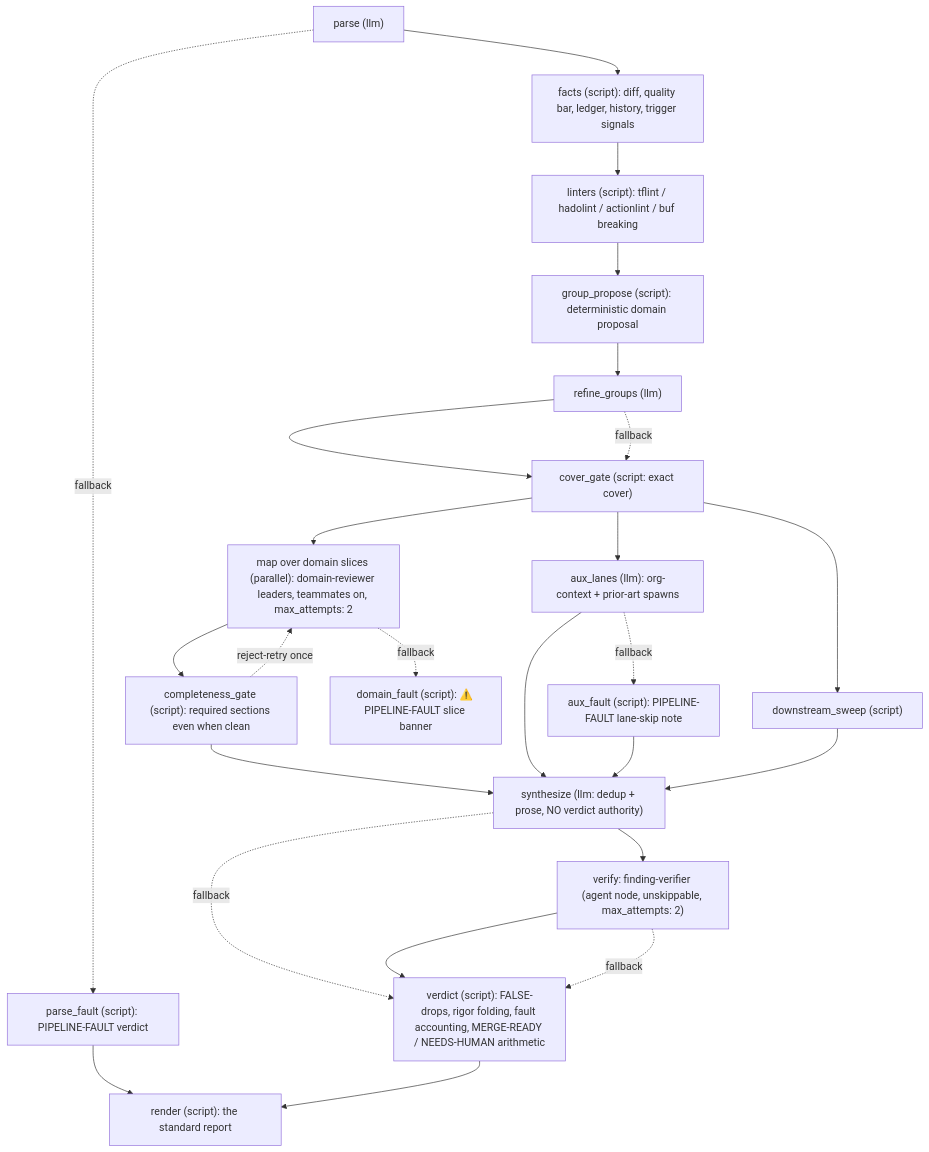
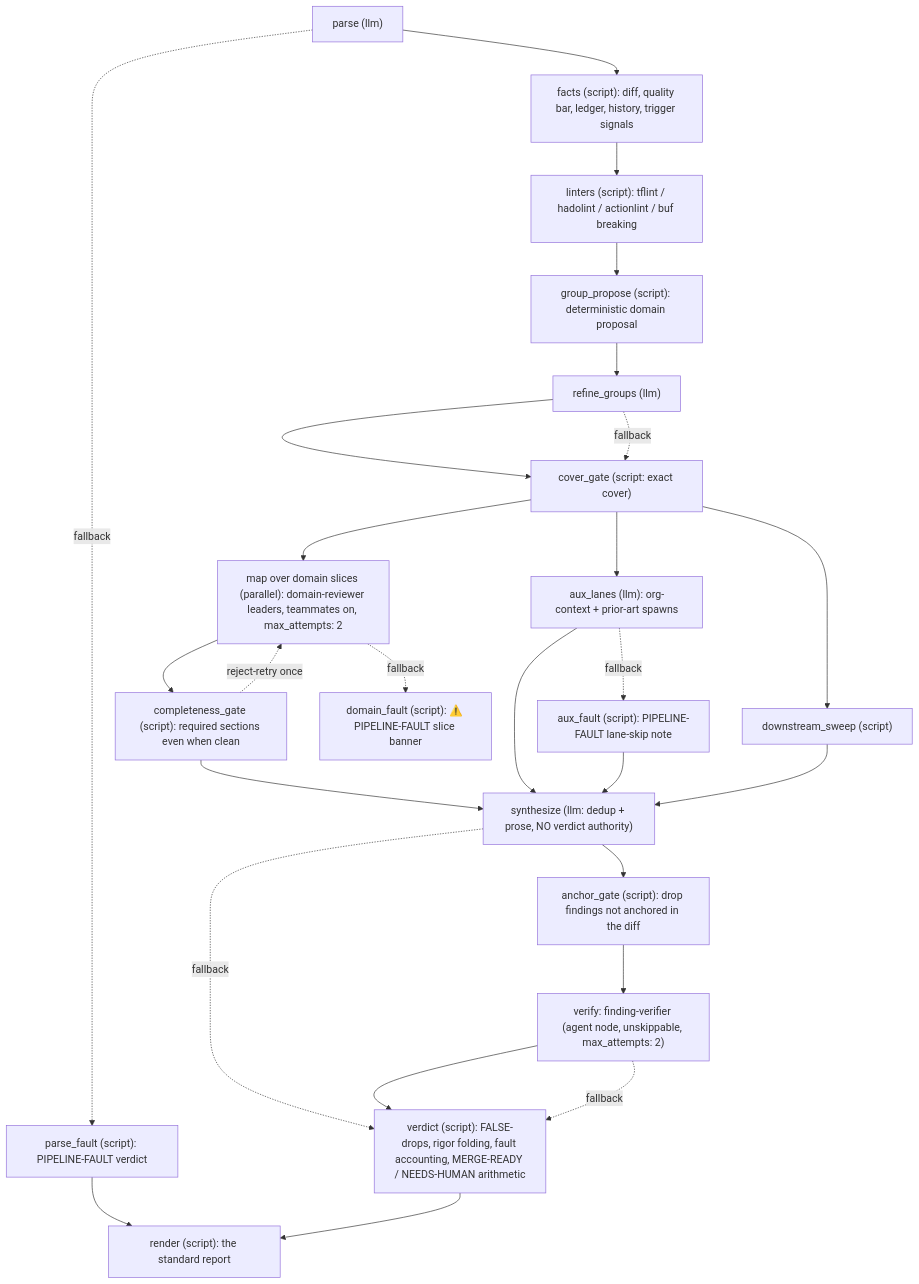
Before and after one commit to Dark-Alex-17/coyote: the diagram in assets/agents/code-reviewer/README.md, drawn with Mermaid. The commit also changed other lines of this file and 11 other files, not shown here.

First line of the commit message:
fix(TASK-409): anchor review findings in the diff and skip generated files

````diff
--- a/assets/agents/code-reviewer/README.md
+++ b/assets/agents/code-reviewer/README.md
@@ -14,27 +14,28 @@
 ```mermaid
 flowchart TD
     A["parse (llm)"] --> B["facts (script): diff, quality bar, ledger, history, trigger signals"]
     A -. "fallback" .-> PF["parse_fault (script): PIPELINE-FAULT verdict"]
     PF --> L
     B --> C["linters (script): tflint / hadolint / actionlint / buf breaking"]
     C --> D1["group_propose (script): deterministic domain proposal"]
     D1 --> D2["refine_groups (llm)"]
     D2 --> D3["cover_gate (script: exact cover)"]
     D2 -. "fallback" .-> D3
     D3 --> E["map over domain slices (parallel): domain-reviewer leaders, teammates on, max_attempts: 2"]
     D3 --> F["aux_lanes (llm): org-context + prior-art spawns"]
     D3 --> G["downstream_sweep (script)"]
     E --> H["completeness_gate (script): required sections even when clean"]
     E -. "fallback" .-> DF["domain_fault (script): ⚠️ PIPELINE-FAULT slice banner"]
     H -. "reject-retry once" .-> E
     H --> I["synthesize (llm: dedup + prose, NO verdict authority)"]
     F --> I
     F -. "fallback" .-> AF["aux_fault (script): PIPELINE-FAULT lane-skip note"]
     AF --> I
     G --> I
-    I --> J["verify: finding-verifier (agent node, unskippable, max_attempts: 2)"]
+    I --> AG["anchor_gate (script): drop findings not anchored in the diff"]
+    AG --> J["verify: finding-verifier (agent node, unskippable, max_attempts: 2)"]
     I -. "fallback" .-> K
     J --> K["verdict (script): FALSE-drops, rigor folding, fault accounting, MERGE-READY / NEEDS-HUMAN arithmetic"]
     J -. "fallback" .-> K
     K --> L["render (script): the standard report"]
 ```
````
